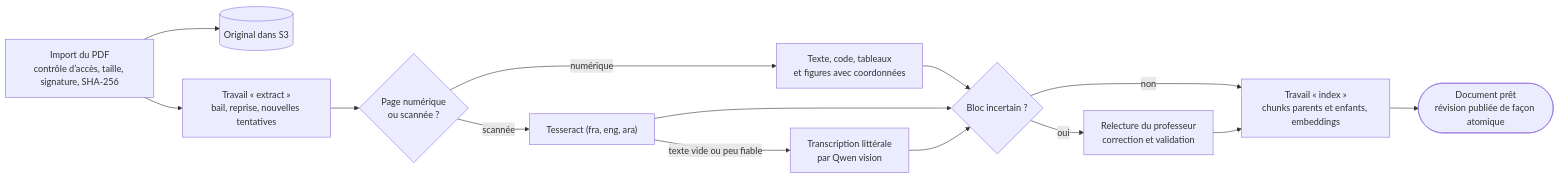
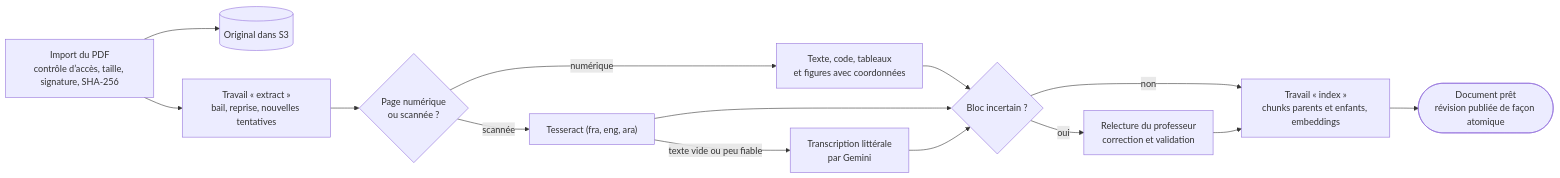
Before and after one commit to youssefrekik1/Neurvia: the second of 5 diagrams in README.md, drawn with Mermaid. The commit also changed other lines of this file and 30 other files, not shown here.

````diff
--- a/README.md
+++ b/README.md
@@ -63,16 +63,16 @@
 ```mermaid
 flowchart LR
     upload["Import du PDF<br/>contrôle d’accès, taille, signature, SHA-256"] --> original[("Original dans S3")]
     upload --> job["Travail « extract »<br/>bail, reprise, nouvelles tentatives"]
     job --> kind{"Page numérique<br/>ou scannée ?"}
     kind -->|numérique| digital["Texte, code, tableaux<br/>et figures avec coordonnées"]
     kind -->|scannée| ocr["Tesseract (fra, eng, ara)"]
-    ocr -->|"texte vide ou peu fiable"| vision["Transcription littérale<br/>par Qwen vision"]
+    ocr -->|"texte vide ou peu fiable"| vision["Transcription littérale<br/>par Gemini"]
     digital --> flagged{"Bloc incertain ?"}
     ocr --> flagged
     vision --> flagged
     flagged -->|oui| review["Relecture du professeur<br/>correction et validation"]
     flagged -->|non| index
     review --> index["Travail « index »<br/>chunks parents et enfants, embeddings"]
     index --> ready(["Document prêt<br/>révision publiée de façon atomique"])
 ```
````
